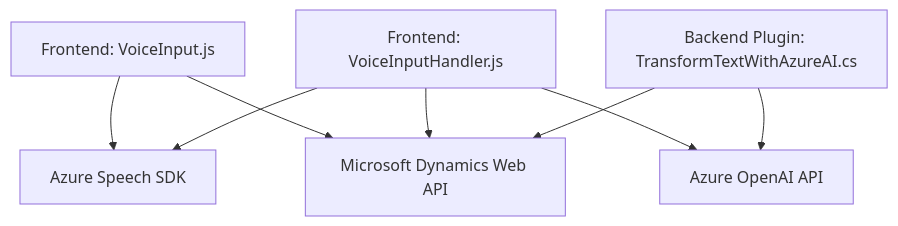
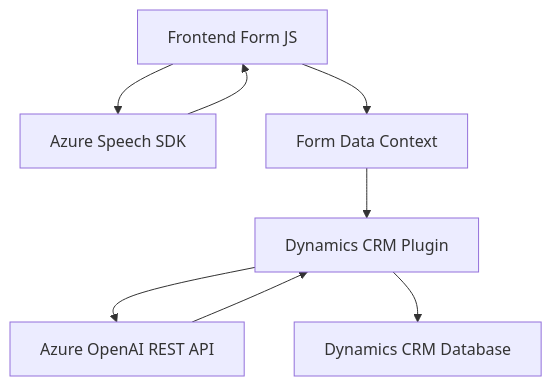
Before and after one commit to blopezdm/NETCORE_BILBAO2025: the diagram in README.md, drawn with Mermaid. The commit also changed other lines of this file, not shown here.

````diff
--- a/README.md
+++ b/README.md
@@ -41,17 +38,15 @@
 ```mermaid
 graph TD
-    A["Frontend: VoiceInput.js"]
-    B["Frontend: VoiceInputHandler.js"]
-    C["Backend Plugin: TransformTextWithAzureAI.cs"]
-    D["Azure Speech SDK"]
-    E["Microsoft Dynamics Web API"]
-    F["Azure OpenAI API"]
+    User["Frontend Form JS"]
+    AzureSpeechSDK["Azure Speech SDK"]
+    AzureRESTAPI["Azure OpenAI REST API"]
+    DynamicsCRMPlugin["Dynamics CRM Plugin"]
+    FormContext["Form Data Context"]
+    Database["Dynamics CRM Database"]
 
-    A --> D
-    A --> E
-    B --> D
-    B --> E
-    B --> F
-    C --> E
-    C --> F
+    User --> AzureSpeechSDK --> User
+    User --> FormContext --> DynamicsCRMPlugin
+    DynamicsCRMPlugin --> AzureRESTAPI
+    AzureRESTAPI --> DynamicsCRMPlugin
+    DynamicsCRMPlugin --> Database
 ```
````
